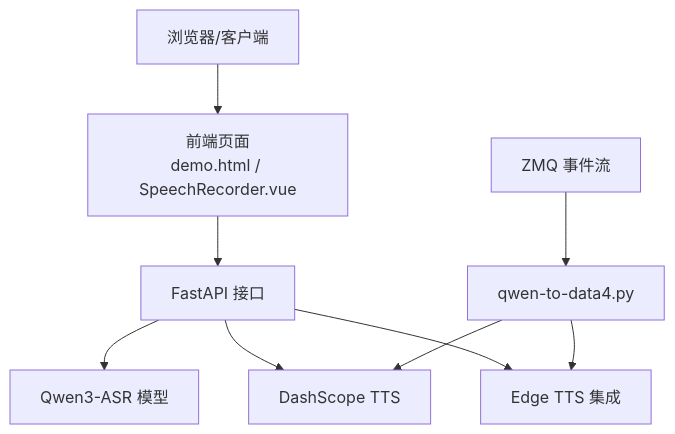
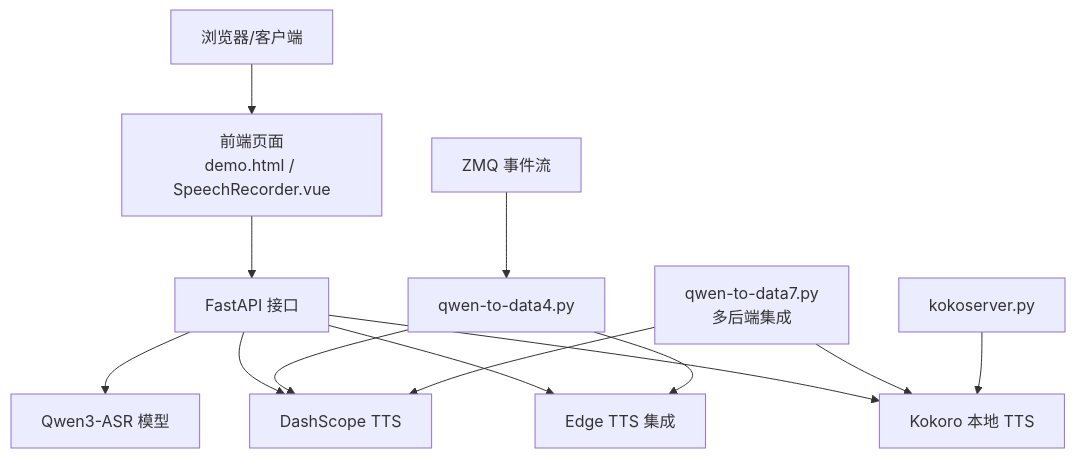
Before and after one commit to 1024dashen/Vue3Speech: the second of 11 diagrams in .qoder/repowiki/zh/content/开发者指南/开发者指南.md, drawn with Mermaid. The commit also changed other lines of this file and 9 other files, not shown here.

First line of the commit message:
fix(qwen-to-data7): 修正解说文本禁用正则和流式生成逻辑

````diff
--- a/.qoder/repowiki/zh/content/开发者指南/开发者指南.md
+++ b/.qoder/repowiki/zh/content/开发者指南/开发者指南.md
@@ -111,11 +128,15 @@
 ```mermaid
 graph TB
 Client["浏览器/客户端"] --> FE["前端页面<br/>demo.html / SpeechRecorder.vue"]
 FE --> API["FastAPI 接口"]
 API --> ASR["Qwen3-ASR 模型"]
 API --> TTS["DashScope TTS"]
 API --> Edge["Edge TTS 集成"]
+API --> Kokoro["Kokoro 本地 TTS"]
 ZMQ["ZMQ 事件流"] --> Proc["qwen-to-data4.py"]
 Proc --> TTS
 Proc --> Edge
+MultiBackend["qwen-to-data7.py<br/>多后端集成"] --> TTS
+MultiBackend --> Kokoro
+KokoServer["kokoserver.py"] --> Kokoro
 ```
````
